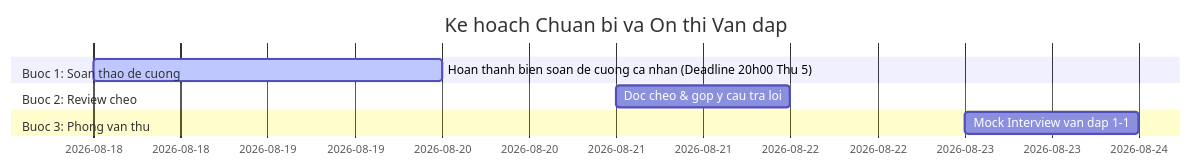
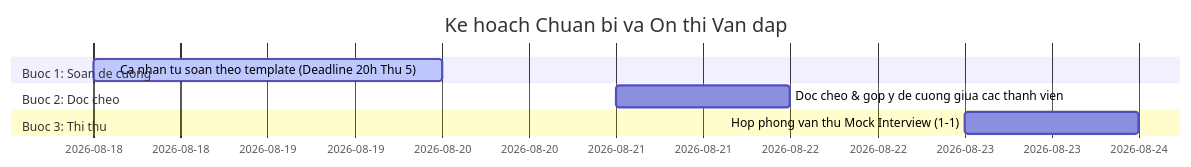
One commit to se-bros/hcmus-projectmanage--lab changed the diagram in final-exam/02_Preparation_Plan.md. Above: the diagram before and after it, drawn with Mermaid. The commit also changed other lines of this file and 21 other files, not shown here.

````diff
--- a/final-exam/02_Preparation_Plan.md
+++ b/final-exam/02_Preparation_Plan.md
@@ -56,11 +93,11 @@
 ```mermaid
 gantt
     title Ke hoach Chuan bi va On thi Van dap
     dateFormat  YYYY-MM-DD
-    section Buoc 1: Soan thao de cuong
-    Hoan thanh bien soan de cuong ca nhan (Deadline 20h00 Thu 5) :active, p1, 2026-08-18, 2026-08-20
-    section Buoc 2: Review cheo
-    Doc cheo & gop y cau tra loi :p2, 2026-08-21, 2026-08-22
-    section Buoc 3: Phong van thu
-    Mock Interview van dap 1-1 :p3, 2026-08-23, 2026-08-24
+    section Buoc 1: Soan de cuong
+    Ca nhan tu soan theo template (Deadline 20h Thu 5) :active, p1, 2026-08-18, 2026-08-20
+    section Buoc 2: Doc cheo
+    Doc cheo & gop y de cuong giua cac thanh vien     :p2, 2026-08-21, 2026-08-22
+    section Buoc 3: Thi thu
+    Hop phong van thu Mock Interview (1-1)            :p3, 2026-08-23, 2026-08-24
 ```
````
